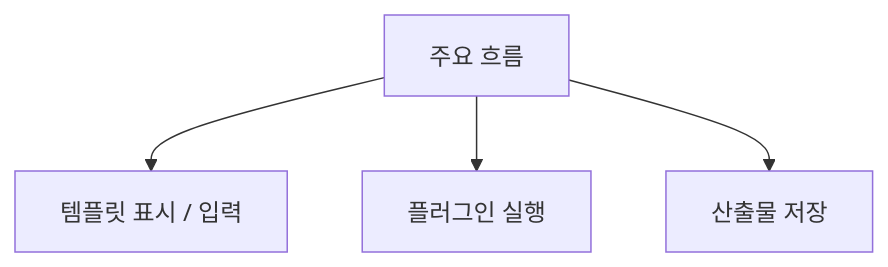
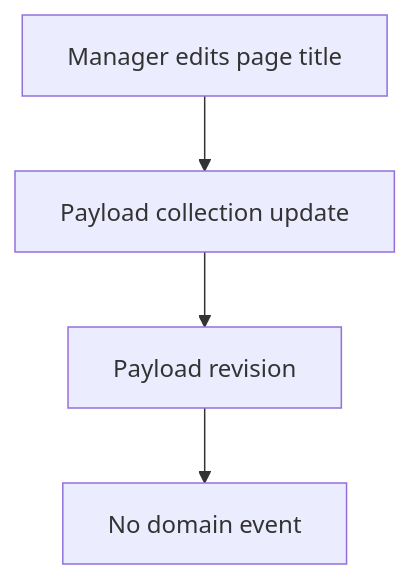
One commit to ewoooo/living-brand-system changed the seventh of 8 diagrams in docs/05-system-architecture.md. Above: the diagram before and after it, drawn with Mermaid. The commit also changed other lines of this file and 22 other files, not shown here.

````diff
--- a/docs/05-system-architecture.md
+++ b/docs/05-system-architecture.md
@@ -259,11 +573,11 @@
 ```mermaid
-flowchart TB
-  Flow["주요 흐름"]
-  TemplateRender["템플릿 표시 / 입력"]
-  PluginRun["플러그인 실행"]
-  WorkOutput["산출물 저장"]
+flowchart TD
+  A["Manager edits page title"]
+  B["Payload collection update"]
+  C["Payload revision"]
+  D["No domain event"]
 
-  Flow --> TemplateRender
-  Flow --> PluginRun
-  Flow --> WorkOutput
+  A --> B
+  B --> C
+  C --> D
 ```
````
